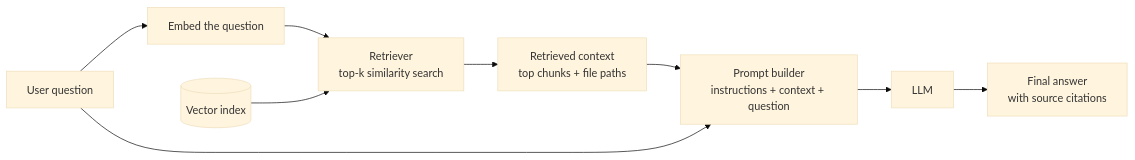
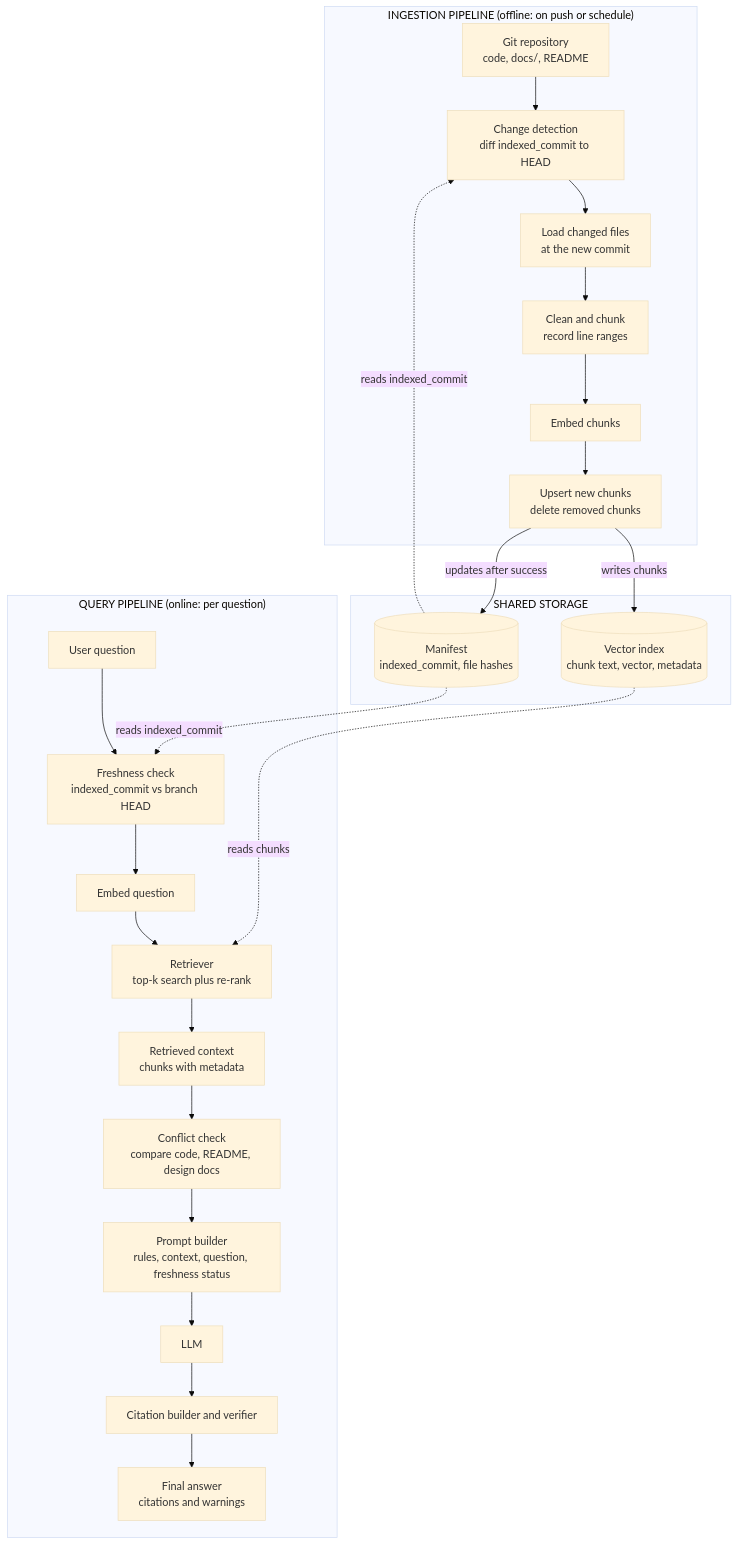
One commit to Abhay-Yadav1/developer-knowledge-rag changed the diagram in docs/module-1-architecture.md. Above: the diagram before and after it, drawn with Mermaid (base theme). The commit also changed other lines of this file and 1 other file, not shown here.

````diff
--- a/docs/module-1-architecture.md
+++ b/docs/module-1-architecture.md
@@ -53,11 +52,33 @@
 ```mermaid
-flowchart LR
-    Q["User question"] --> QE["Embed the question"]
-    QE --> R["Retriever<br/>top-k similarity search"]
-    IDX[("Vector index")] --> R
-    R --> CTX["Retrieved context<br/>top chunks + file paths"]
-    CTX --> P["Prompt builder<br/>instructions + context + question"]
-    Q --> P
-    P --> L["LLM"]
-    L --> ANS["Final answer<br/>with source citations"]
+flowchart TB
+    subgraph ING["INGESTION PIPELINE (offline: on push or schedule)"]
+        G["Git repository<br/>code, docs/, README"] --> CD["Change detection<br/>diff indexed_commit to HEAD"]
+        CD --> LD["Load changed files<br/>at the new commit"]
+        LD --> CH["Clean and chunk<br/>record line ranges"]
+        CH --> EM["Embed chunks"]
+        EM --> UP["Upsert new chunks<br/>delete removed chunks"]
+    end
+
+    subgraph STORE["SHARED STORAGE"]
+        VI[("Vector index<br/>chunk text, vector, metadata")]
+        MF[("Manifest<br/>indexed_commit, file hashes")]
+    end
+
+    subgraph QRY["QUERY PIPELINE (online: per question)"]
+        Q["User question"] --> FC["Freshness check<br/>indexed_commit vs branch HEAD"]
+        FC --> QE["Embed question"]
+        QE --> RT["Retriever<br/>top-k search plus re-rank"]
+        RT --> CTX["Retrieved context<br/>chunks with metadata"]
+        CTX --> CC["Conflict check<br/>compare code, README, design docs"]
+        CC --> PB["Prompt builder<br/>rules, context, question, freshness status"]
+        PB --> L["LLM"]
+        L --> CV["Citation builder and verifier"]
+        CV --> ANS["Final answer<br/>citations and warnings"]
+    end
+
+    UP -->|"writes chunks"| VI
+    UP -->|"updates after success"| MF
+    MF -.->|"reads indexed_commit"| CD
+    MF -.->|"reads indexed_commit"| FC
+    VI -.->|"reads chunks"| RT
 ```
````
